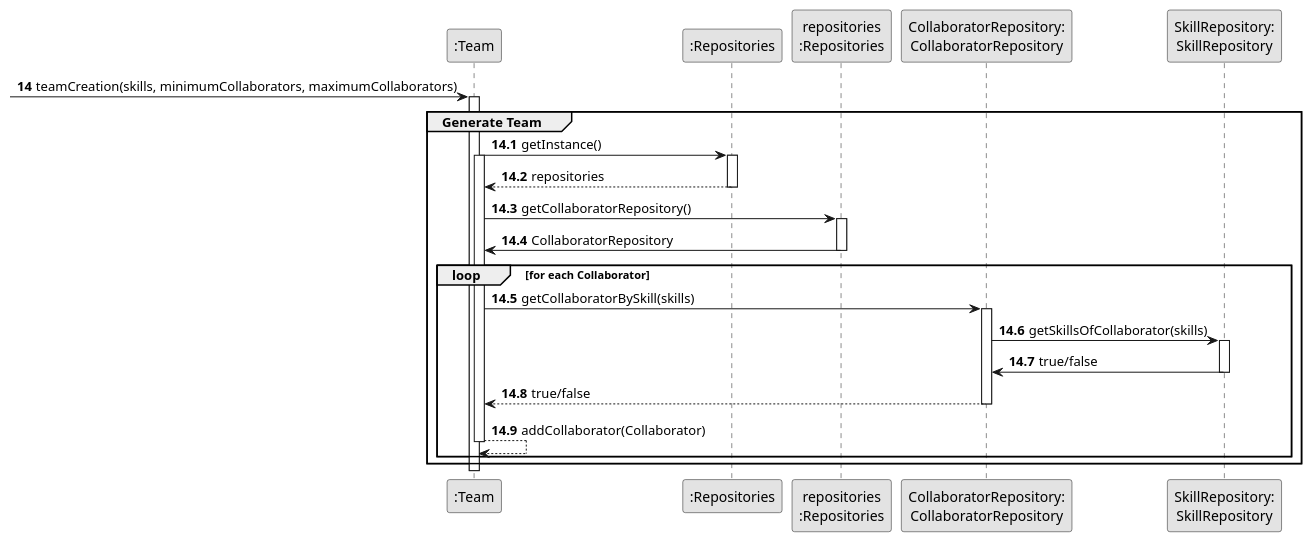
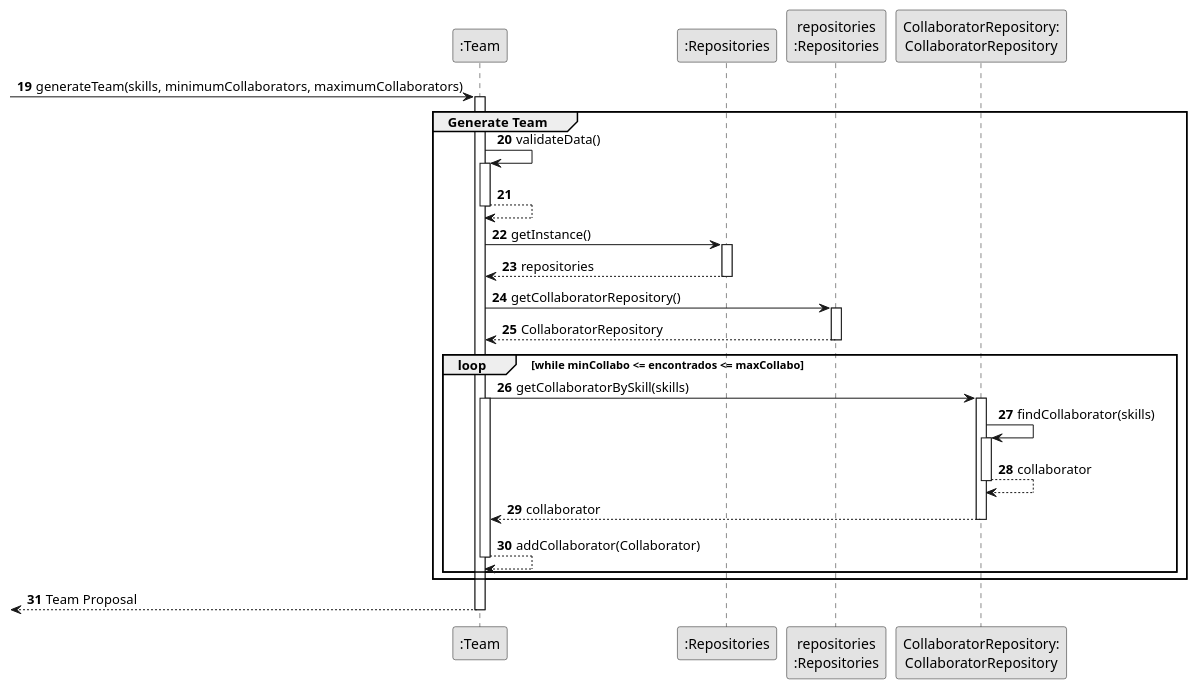
Before and after one commit to SAEmanuel/Green_Spaces_Management_ISEP: the diagram in docs/sprintB/us005/03.design/puml/us005-sequence-diagram-partial-generate-team.puml, drawn with PlantUML. The commit also changed 5 other files, not shown here.

```diff
--- a/docs/sprintB/us005/03.design/puml/us005-sequence-diagram-partial-generate-team.puml
+++ b/docs/sprintB/us005/03.design/puml/us005-sequence-diagram-partial-generate-team.puml
@@ -1,57 +1,66 @@
 @startuml
 skinparam monochrome true
 skinparam packageStyle rectangle
 skinparam shadowing false
 
 participant ":Team" as Team
 participant ":Repositories" as RepositorySingleton
 participant "repositories\n:Repositories" as PLAT
 participant "CollaboratorRepository:\nCollaboratorRepository" as CollaboratorRepository
-participant "SkillRepository:\nSkillRepository" as SkillRepository
 
 
-autonumber 14
--> Team : teamCreation(skills, minimumCollaborators, maximumCollaborators)
-autonumber 14.1
+autonumber 19
+-> Team : generateTeam(skills, minimumCollaborators, maximumCollaborators)
 
         group Generate Team
 
         activate Team
 
-                Team -> RepositorySingleton : getInstance()
-                activate Team
 
-                    activate RepositorySingleton
+                            Team -> Team : validateData()
+                            activate Team
 
-                        RepositorySingleton --> Team: repositories
-                    deactivate RepositorySingleton
+                            Team --> Team :
+                            deactivate Team
 
-                    Team -> PLAT : getCollaboratorRepository()
-                    activate PLAT
+                            Team -> RepositorySingleton : getInstance()
 
-                        PLAT -> Team : CollaboratorRepository
-                    deactivate PLAT
+                            activate RepositorySingleton
 
-                    loop for each Collaborator
-                        Team -> CollaboratorRepository : getCollaboratorBySkill(skills)
-                        activate CollaboratorRepository
 
-                            CollaboratorRepository -> SkillRepository : getSkillsOfCollaborator(skills)
-                            activate SkillRepository
+                                RepositorySingleton --> Team: repositories
+                            deactivate RepositorySingleton
 
-                                SkillRepository -> CollaboratorRepository : true/false
-                            deactivate SkillRepository
+                            Team -> PLAT : getCollaboratorRepository()
+                            activate PLAT
 
-                            CollaboratorRepository --> Team : true/false
-                        deactivate CollaboratorRepository
-                        Team --> Team : addCollaborator(Collaborator)
-                    deactivate Team
-                    end
+                                PLAT --> Team : CollaboratorRepository
+                            deactivate PLAT
 
-                end
-            deactivate Team
+                            loop while minCollabo <= encontrados <= maxCollabo
+                                Team -> CollaboratorRepository : getCollaboratorBySkill(skills)
+                                activate Team
+                                activate CollaboratorRepository
+
+                                CollaboratorRepository -> CollaboratorRepository : findCollaborator(skills)
+                                activate CollaboratorRepository
+                                CollaboratorRepository --> CollaboratorRepository: collaborator
+                                deactivate CollaboratorRepository
+
+
+
+                                    CollaboratorRepository --> Team : collaborator
+                                deactivate CollaboratorRepository
+                                Team --> Team : addCollaborator(Collaborator)
+                                deactivate Team
+
+                            end
+
+           end
+                <-- Team : Team Proposal
+           deactivate Team
 
 
 
 
 @enduml
```
